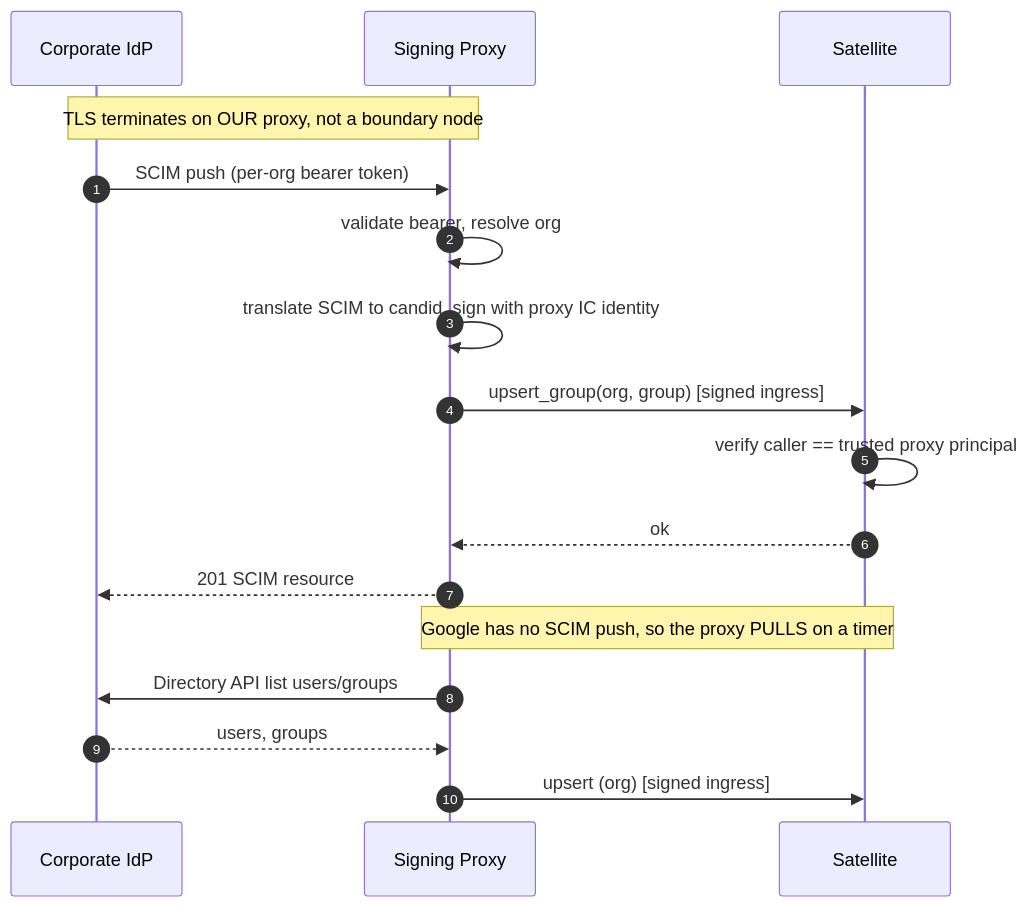
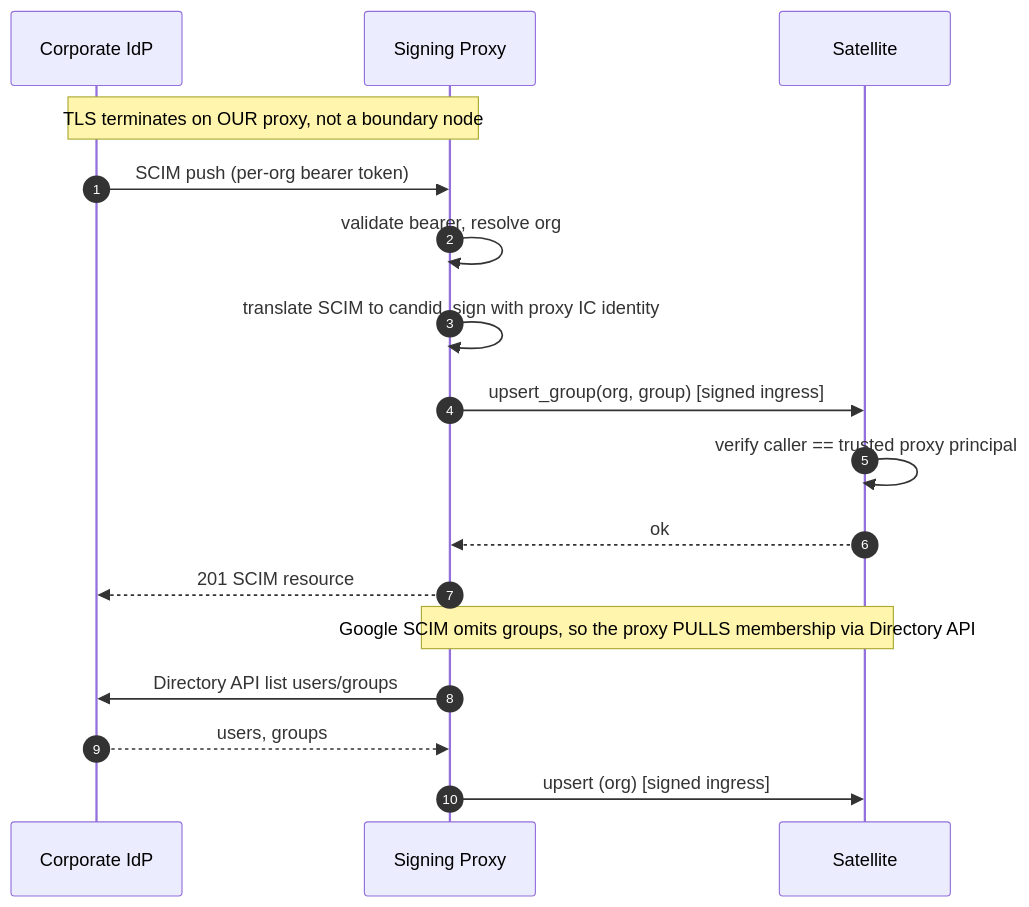
The third of 5 diagrams in docs/ongoing/enterprise-sso-per-app-access-control.md (dfinity/internet-identity), drawn with Mermaid before and after one commit. The commit also changed other lines of this file, not shown here.

First line of the commit message:
docs: fix Google SCIM claim — push is user-only, not absent

````diff
--- a/docs/ongoing/enterprise-sso-per-app-access-control.md
+++ b/docs/ongoing/enterprise-sso-per-app-access-control.md
@@ -255,19 +255,19 @@
 ```mermaid
 sequenceDiagram
     autonumber
     participant IdP as Corporate IdP
     participant PX as Signing Proxy
     participant Sat as Satellite
     Note over IdP,PX: TLS terminates on OUR proxy, not a boundary node
     IdP->>PX: SCIM push (per-org bearer token)
     PX->>PX: validate bearer, resolve org
     PX->>PX: translate SCIM to candid, sign with proxy IC identity
     PX->>Sat: upsert_group(org, group) [signed ingress]
     Sat->>Sat: verify caller == trusted proxy principal
     Sat-->>PX: ok
     PX-->>IdP: 201 SCIM resource
-    Note over PX,Sat: Google has no SCIM push, so the proxy PULLS on a timer
+    Note over PX,Sat: Google SCIM omits groups, so the proxy PULLS membership via Directory API
     PX->>IdP: Directory API list users/groups
     IdP-->>PX: users, groups
     PX->>Sat: upsert (org) [signed ingress]
 ```
````
